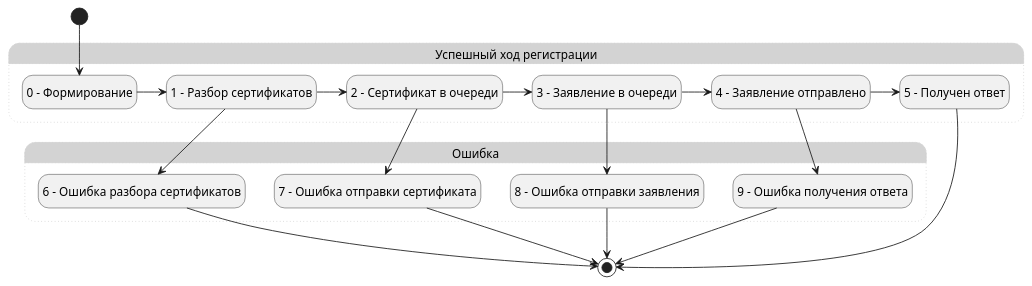
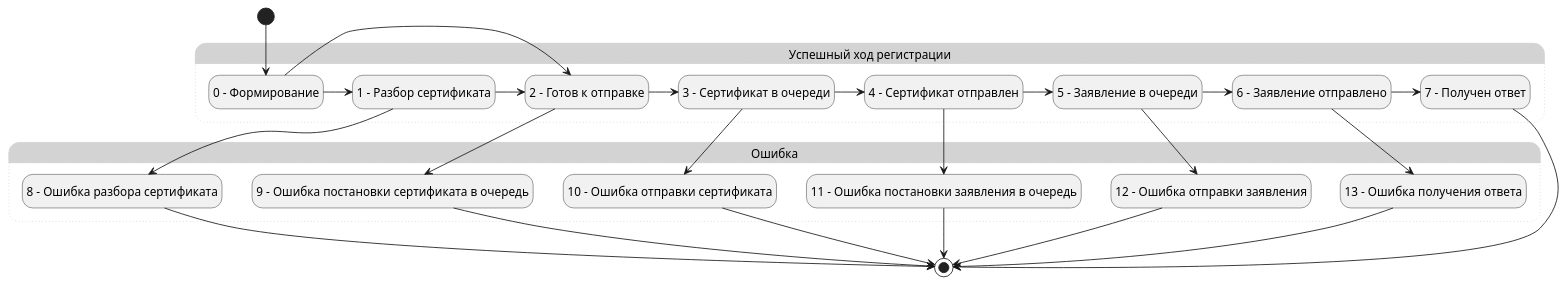
Before and after one commit to citpb/platform-astral-schemes: the diagram in udo_plora_statuses.puml, drawn with PlantUML.

Commit message:
Update udo_plora_statuses.puml
Исправлена система статусов. Добавлены статусы для постановоко в очередь, а также негативные исходы постановок.

```diff
--- a/udo_plora_statuses.puml
+++ b/udo_plora_statuses.puml
@@ -1,41 +1,53 @@
 @startuml
 hide empty description
 state "Успешный ход регистрации" as Saccess #LightGray;line.dotted;line:LightGray {
-state "0 – Формирование" as State0
-state "1 – Разбор сертификатов" as State1
-state "2 - Сертификат в очереди" as State2
-state "3 - Заявление в очереди" as State3
-state "4 - Заявление отправлено" as State4
-state "5 - Получен ответ" as State5
+    state "0 – Формирование" as State0
+    state "1 – Разбор сертификата" as State1
+    state "2 - Готов к отправке" as State2
+    state "3 - Сертификат в очереди" as State3
+    state "4 - Сертификат отправлен" as State4
+    state "5 - Заявление в очереди" as State5
+    state "6 - Заявление отправлено" as State6
+    state "7 - Получен ответ" as State7
 }
 state "Ошибка" as Error #LightGray;line.dotted;line:LightGray {
-state "6 – Ошибка разбора сертификатов" as State6
-state "7 – Ошибка отправки сертификата" as State7
-state "8 – Ошибка отправки заявления" as State8
-state "9 - Ошибка получения ответа" as State9
+    state "8 - Ошибка разбора сертификата" as State8
+    state "9 - Ошибка постановки сертификата в очередь" as State9
+    state "10 - Ошибка отправки сертификата" as State10
+    state "11 - Ошибка постановки заявления в очередь" as State11
+    state "12 - Ошибка отправки заявления" as State12
+    state "13 - Ошибка получения ответа" as State13
 }
 
 [*] --> State0
 State0 -> State1
+State0 -> State2
 
 State1 -> State2
-State1 --> State6
+State1 --> State8
 
 State2 -> State3
-State2 --> State7
+State2 --> State9
 
 State3 -> State4
-State3 --> State8
+State3 --> State10
 
 State4 -> State5
-State4 --> State9
+State4 --> State11
 
+State5 -> State6
+State5 --> State12
 
-State6 --> [*]
+State6 -> State7
+State6 --> State13
+
+State8  --> [*]
+State9  --> [*]
+State10 --> [*]
+State11 --> [*]
+State12 --> [*]
+State13 --> [*]
+
 State7 --> [*]
-State8 --> [*]
-State9 --> [*]
-
-State5 --> [*]
 
 @enduml
```
